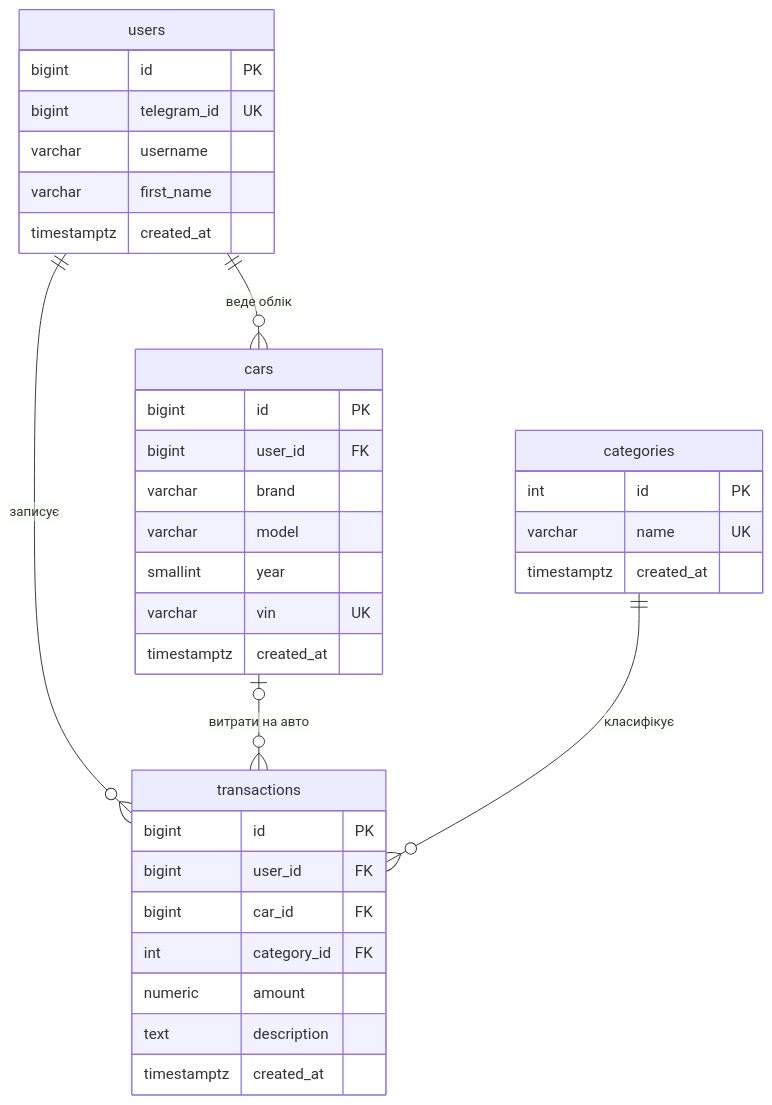
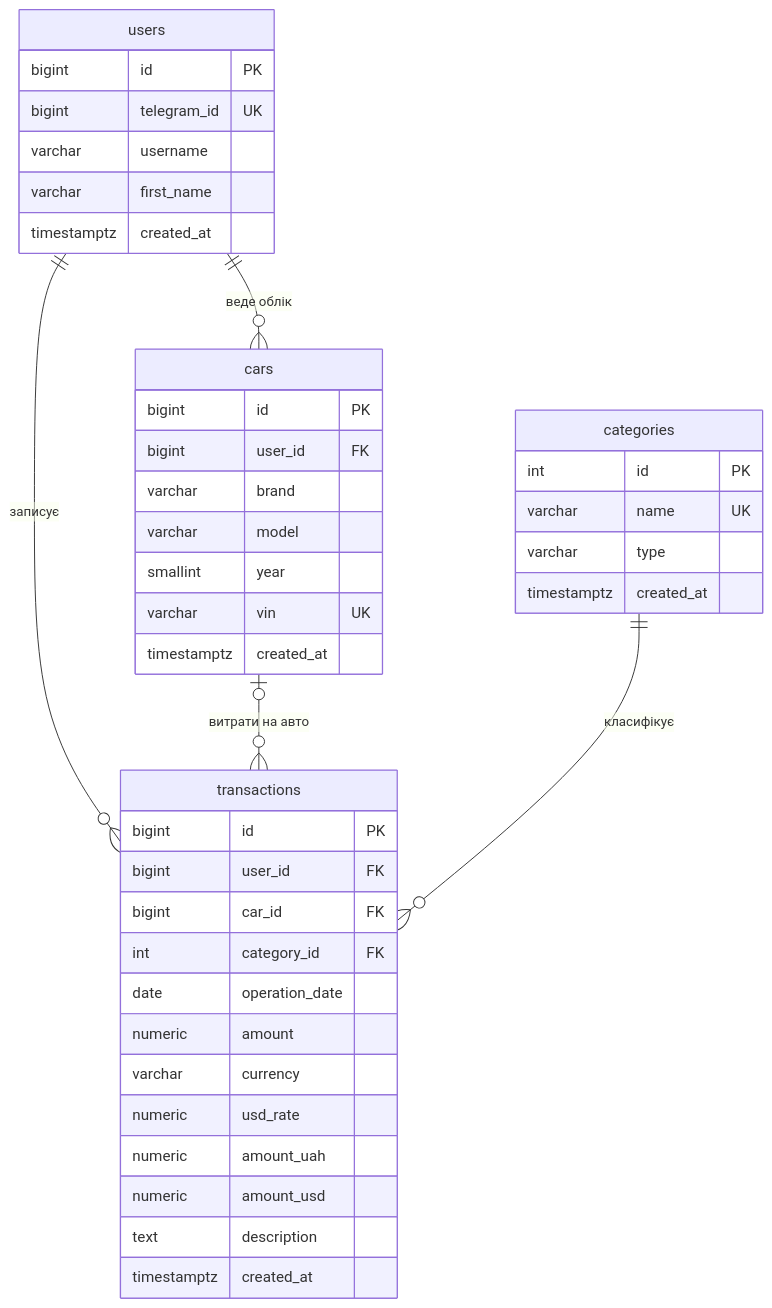
Before and after one commit to AleksN-code/VIB-coding: the second of 5 diagrams in docs/architecture.md, drawn with Mermaid. The commit also changed other lines of this file and 5 other files, not shown here.

````diff
--- a/docs/architecture.md
+++ b/docs/architecture.md
@@ -97,37 +117,43 @@
 ```mermaid
 erDiagram
     users ||--o{ cars : "веде облік"
     users ||--o{ transactions : "записує"
     cars |o--o{ transactions : "витрати на авто"
     categories ||--o{ transactions : "класифікує"
     users {
         bigint id PK
         bigint telegram_id UK
         varchar username
         varchar first_name
         timestamptz created_at
     }
     cars {
         bigint id PK
         bigint user_id FK
         varchar brand
         varchar model
         smallint year
         varchar vin UK
         timestamptz created_at
     }
     categories {
         int id PK
         varchar name UK
+        varchar type
         timestamptz created_at
     }
     transactions {
         bigint id PK
         bigint user_id FK
         bigint car_id FK
         int category_id FK
+        date operation_date
         numeric amount
+        varchar currency
+        numeric usd_rate
+        numeric amount_uah
+        numeric amount_usd
         text description
         timestamptz created_at
     }
 ```
````
